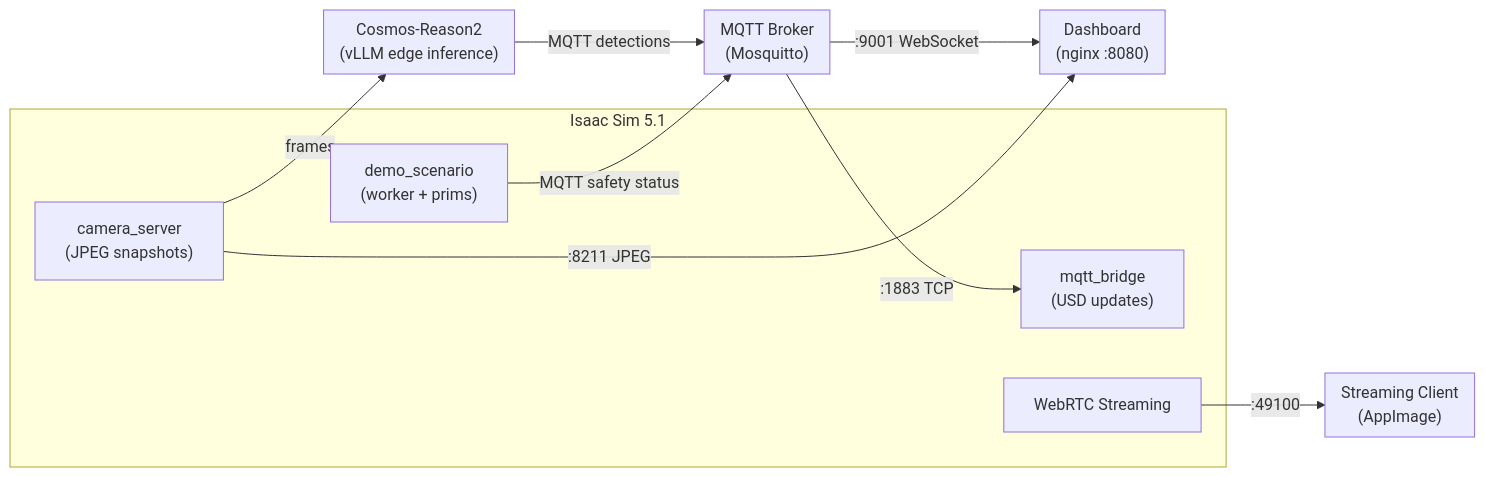
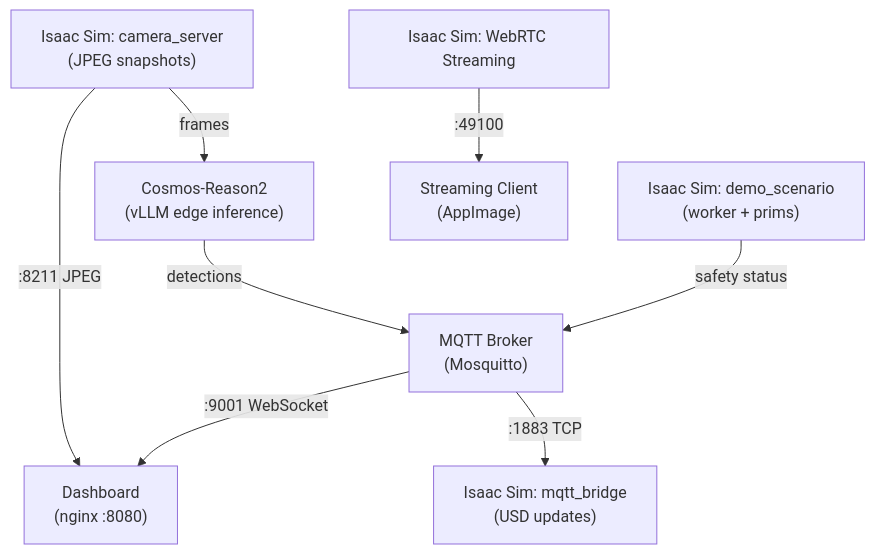
The diagram in README.md (jeremyary/nvidia-industrial-digital-twin), drawn with Mermaid before and after one commit.

Commit message:
Remove subgraph box from Mermaid diagram
Inline Isaac Sim labels on each component instead of using a
subgraph container that renders as a gray background box.

````diff
--- a/README.md
+++ b/README.md
@@ -9,29 +9,19 @@
 ```mermaid
-graph LR
-    subgraph isaac["Isaac Sim 5.1"]
-        camera_server["camera_server\n(JPEG snapshots)"]
-        mqtt_bridge["mqtt_bridge\n(USD updates)"]
-        demo["demo_scenario\n(worker + prims)"]
-        webrtc["WebRTC Streaming"]
-    end
+graph TD
+    camera_server["Isaac Sim: camera_server\n(JPEG snapshots)"]
+    demo["Isaac Sim: demo_scenario\n(worker + prims)"]
+    mqtt_bridge["Isaac Sim: mqtt_bridge\n(USD updates)"]
+    webrtc["Isaac Sim: WebRTC Streaming"]
+    cosmos["Cosmos-Reason2\n(vLLM edge inference)"]
+    mqtt_broker["MQTT Broker\n(Mosquitto)"]
+    dashboard["Dashboard\n(nginx :8080)"]
+    client["Streaming Client\n(AppImage)"]
 
-    subgraph mqtt_broker["MQTT Broker\n(Mosquitto)"]
-    end
-
-    subgraph cosmos["Cosmos-Reason2\n(vLLM edge inference)"]
-    end
-
-    subgraph dashboard["Dashboard\n(nginx :8080)"]
-    end
-
-    subgraph client["Streaming Client\n(AppImage)"]
-    end
-
+    camera_server -- "frames" --> cosmos
     camera_server -- ":8211 JPEG" --> dashboard
-    camera_server -- "frames" --> cosmos
-    demo -- "MQTT safety status" --> mqtt_broker
-    cosmos -- "MQTT detections" --> mqtt_broker
+    cosmos -- "detections" --> mqtt_broker
+    demo -- "safety status" --> mqtt_broker
     mqtt_broker -- ":9001 WebSocket" --> dashboard
     mqtt_broker -- ":1883 TCP" --> mqtt_bridge
     webrtc -- ":49100" --> client
 ```
````
